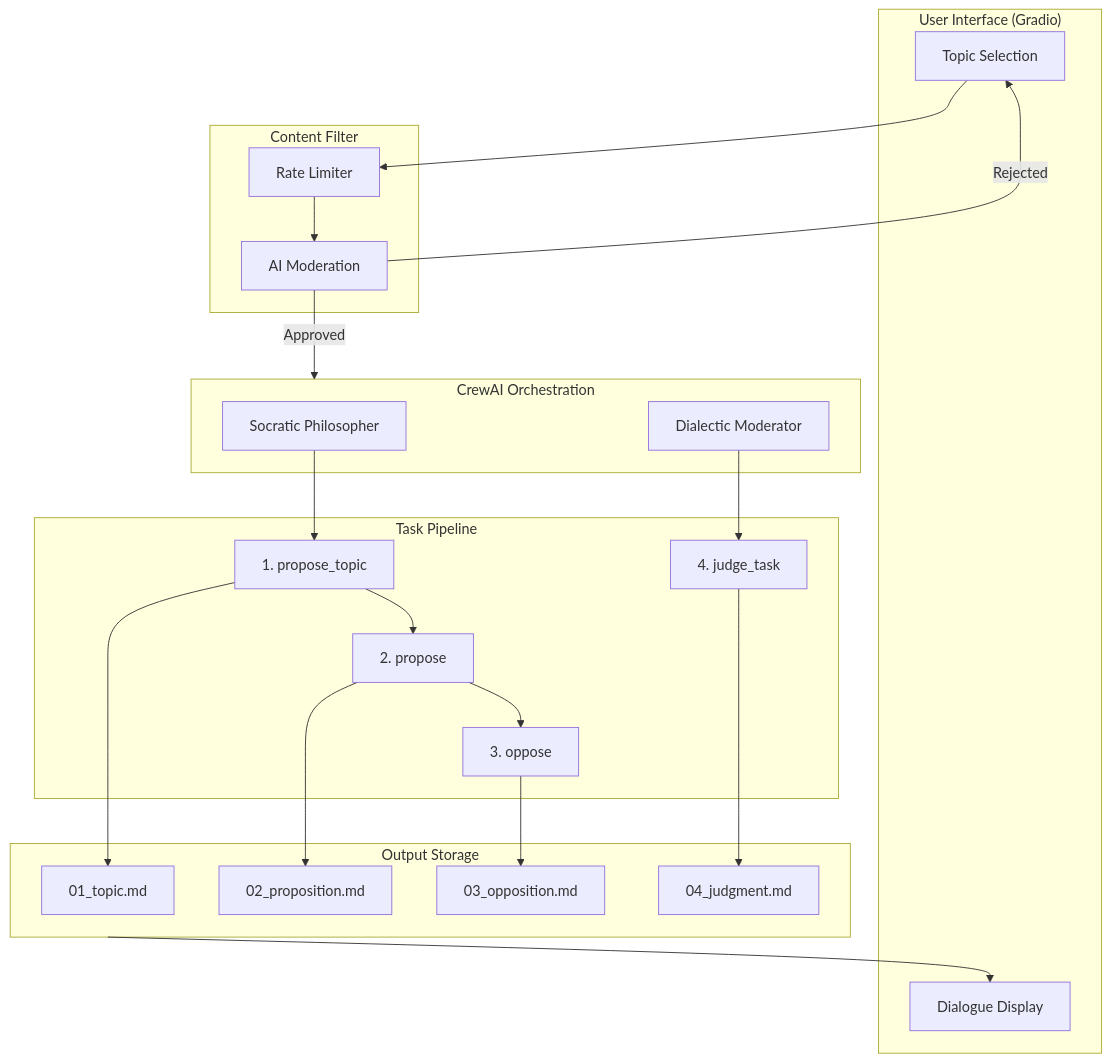
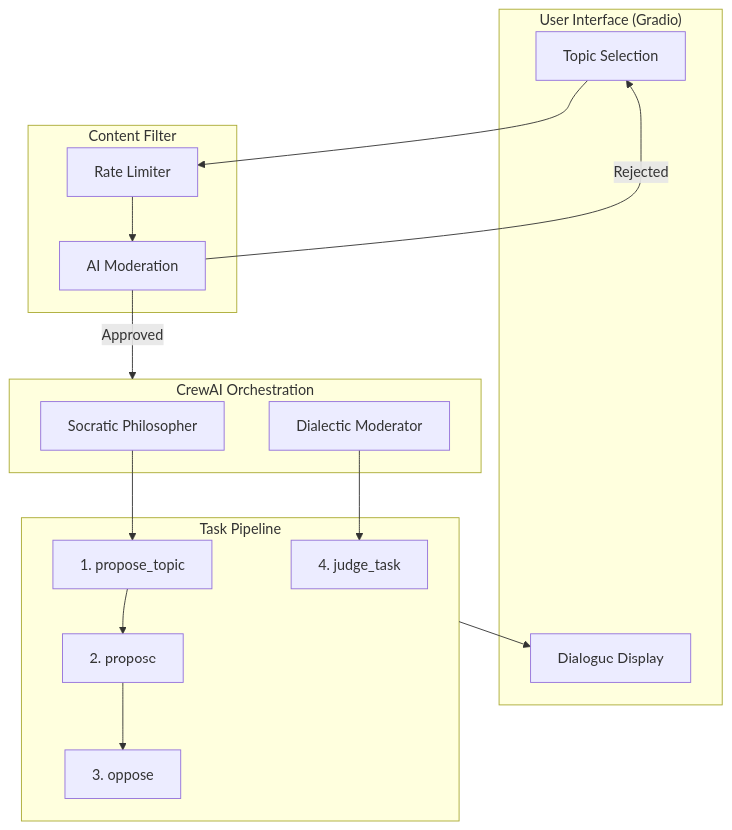
The first of 10 diagrams in docs/architecture/overview.md (darth-dodo/socratic-sofa), drawn with Mermaid before and after one commit. The commit also changed other lines of this file and 8 other files, not shown here.

````diff
--- a/docs/architecture/overview.md
+++ b/docs/architecture/overview.md
@@ -9,45 +9,33 @@
 ```mermaid
 flowchart TB
     subgraph UI["User Interface (Gradio)"]
         Topic["Topic Selection"]
         Display["Dialogue Display"]
     end
 
     subgraph Filter["Content Filter"]
         Mod["AI Moderation"]
         Rate["Rate Limiter"]
     end
 
     subgraph Crew["CrewAI Orchestration"]
         SP["Socratic Philosopher"]
         DM["Dialectic Moderator"]
     end
 
     subgraph Tasks["Task Pipeline"]
         T1["1. propose_topic"]
         T2["2. propose"]
         T3["3. oppose"]
         T4["4. judge_task"]
     end
 
-    subgraph Output["Output Storage"]
-        O1["01_topic.md"]
-        O2["02_proposition.md"]
-        O3["03_opposition.md"]
-        O4["04_judgment.md"]
-    end
-
     Topic --> Rate --> Mod
     Mod -->|Approved| Crew
     Mod -->|Rejected| Topic
 
     SP --> T1 --> T2 --> T3
     DM --> T4
 
-    T1 --> O1
-    T2 --> O2
-    T3 --> O3
-    T4 --> O4
-
-    Output --> Display
+    Tasks --> Display
 ```
````
